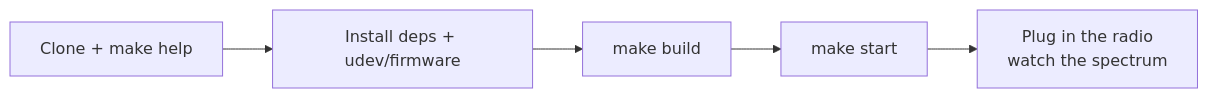
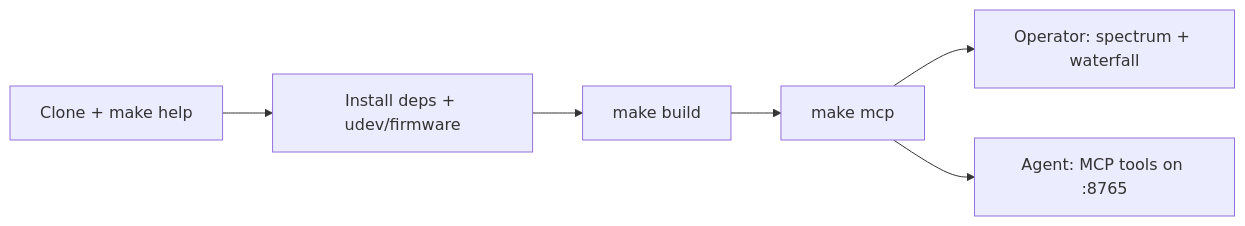
The diagram in docs/getting-started.md (chris-piekarski/hackrf-spectrum-analyzer), drawn with Mermaid before and after one commit. The commit also changed other lines of this file and 9 other files, not shown here.

````diff
--- a/docs/getting-started.md
+++ b/docs/getting-started.md
@@ -3,7 +3,8 @@
 ```mermaid
 flowchart LR
     A[Clone + make help] --> B[Install deps + udev/firmware]
     B --> C[make build]
-    C --> D[make start]
-    D --> E[Plug in the radio<br/>watch the spectrum]
+    C --> D[make mcp]
+    D --> E[Operator: spectrum + waterfall]
+    D --> F[Agent: MCP tools on :8765]
 ```
````
